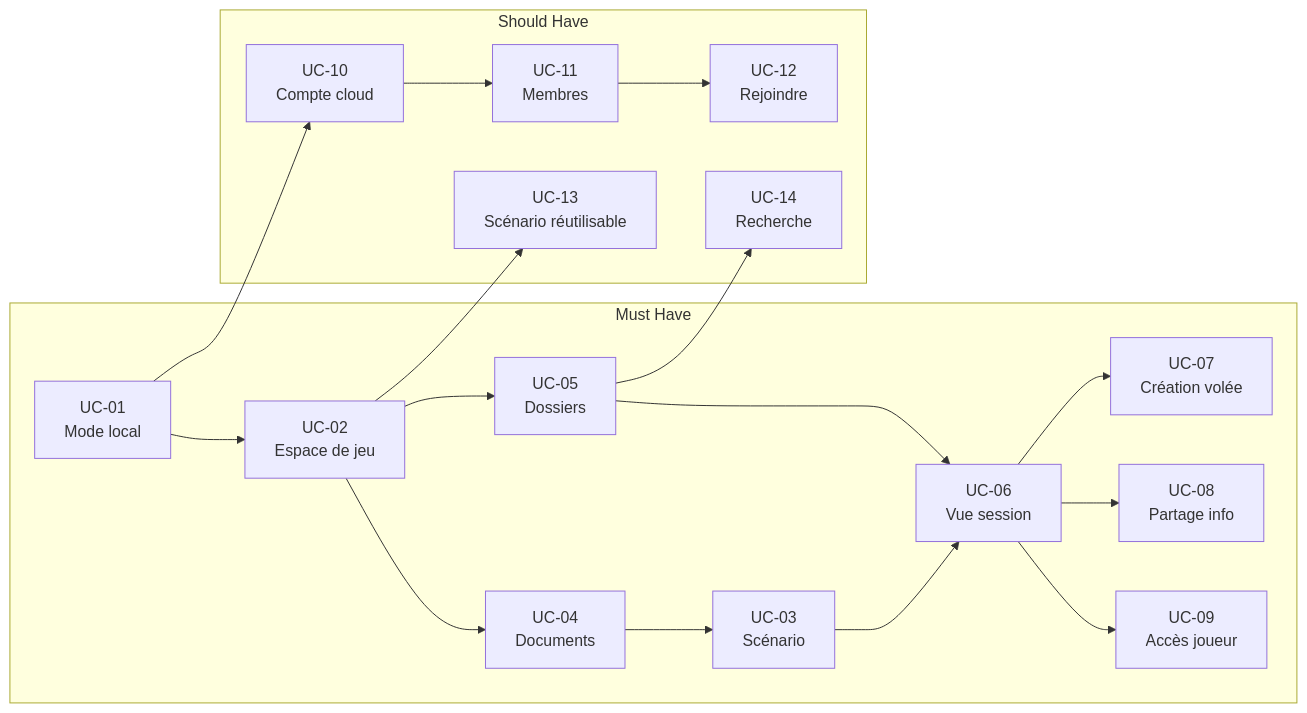
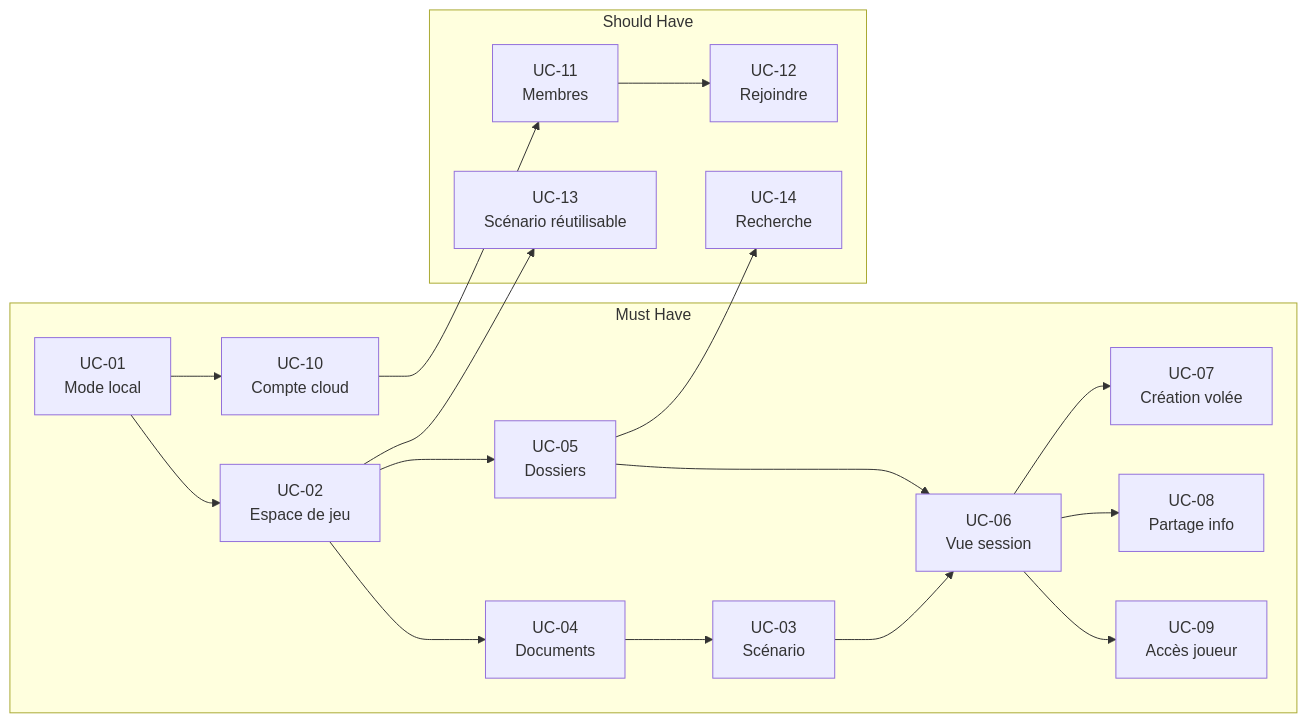
The diagram in docs/conception/user-stories/README.md (2025-10-CDA-ECO-P6/PM-micro-saas), drawn with Mermaid before and after one commit. The commit also changed other lines of this file and 107 other files, not shown here.

````diff
--- a/docs/conception/user-stories/README.md
+++ b/docs/conception/user-stories/README.md
@@ -53,37 +53,37 @@
 ```mermaid
 flowchart LR
     subgraph Must["Must Have"]
         UC01["UC-01\nMode local"]
         UC02["UC-02\nEspace de jeu"]
         UC04["UC-04\nDocuments"]
         UC05["UC-05\nDossiers"]
         UC03["UC-03\nScénario"]
         UC06["UC-06\nVue session"]
         UC07["UC-07\nCréation volée"]
         UC08["UC-08\nPartage info"]
         UC09["UC-09\nAccès joueur"]
+        UC10["UC-10\nCompte cloud"]
     end
 
     subgraph Should["Should Have"]
-        UC10["UC-10\nCompte cloud"]
         UC11["UC-11\nMembres"]
         UC12["UC-12\nRejoindre"]
         UC13["UC-13\nScénario réutilisable"]
         UC14["UC-14\nRecherche"]
     end
 
     UC01 --> UC02
     UC02 --> UC04
     UC02 --> UC05
     UC04 --> UC03
     UC05 --> UC06
     UC03 --> UC06
     UC06 --> UC07
     UC06 --> UC08
     UC06 --> UC09
     UC01 --> UC10
     UC10 --> UC11
     UC11 --> UC12
     UC02 --> UC13
     UC05 --> UC14
 ```
````
